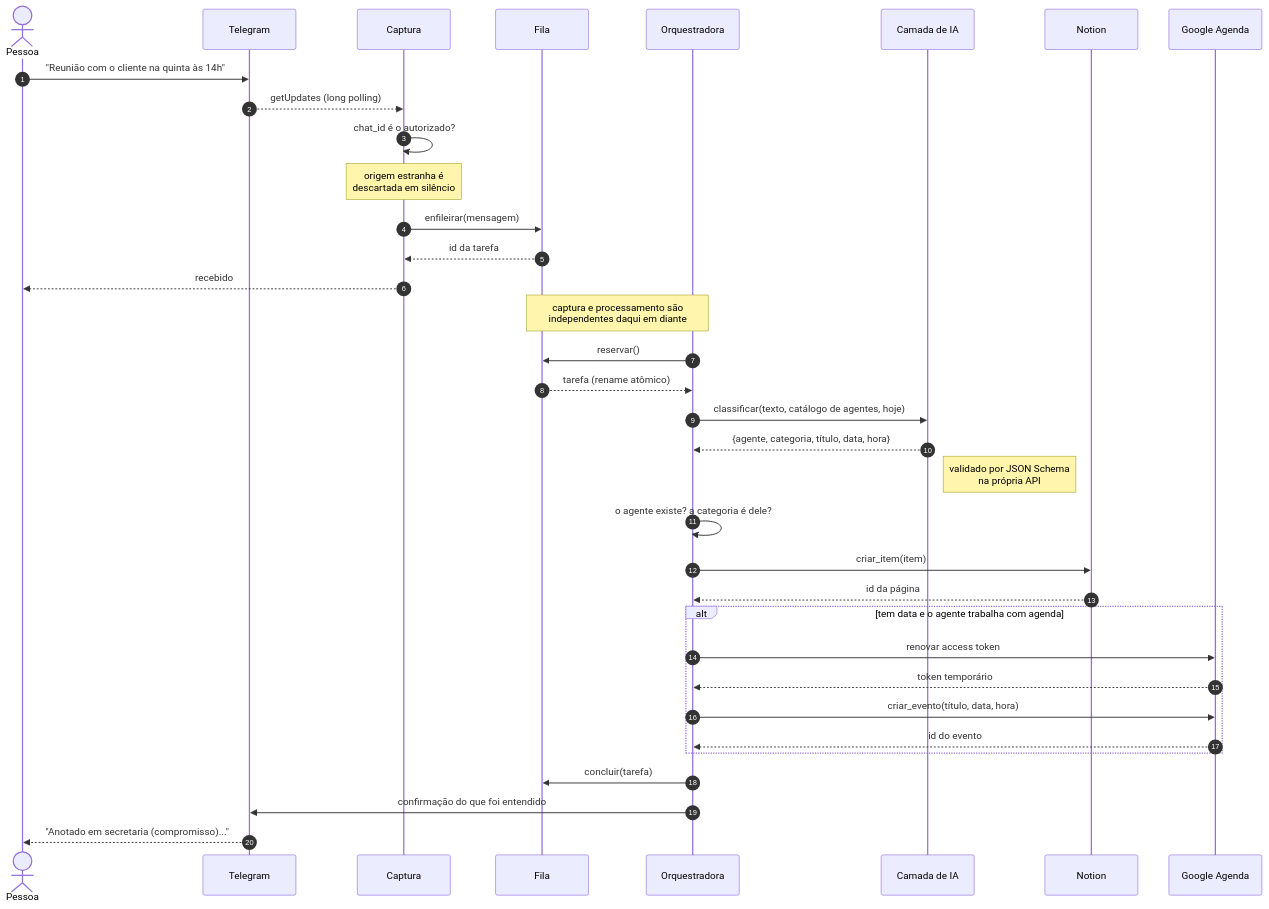
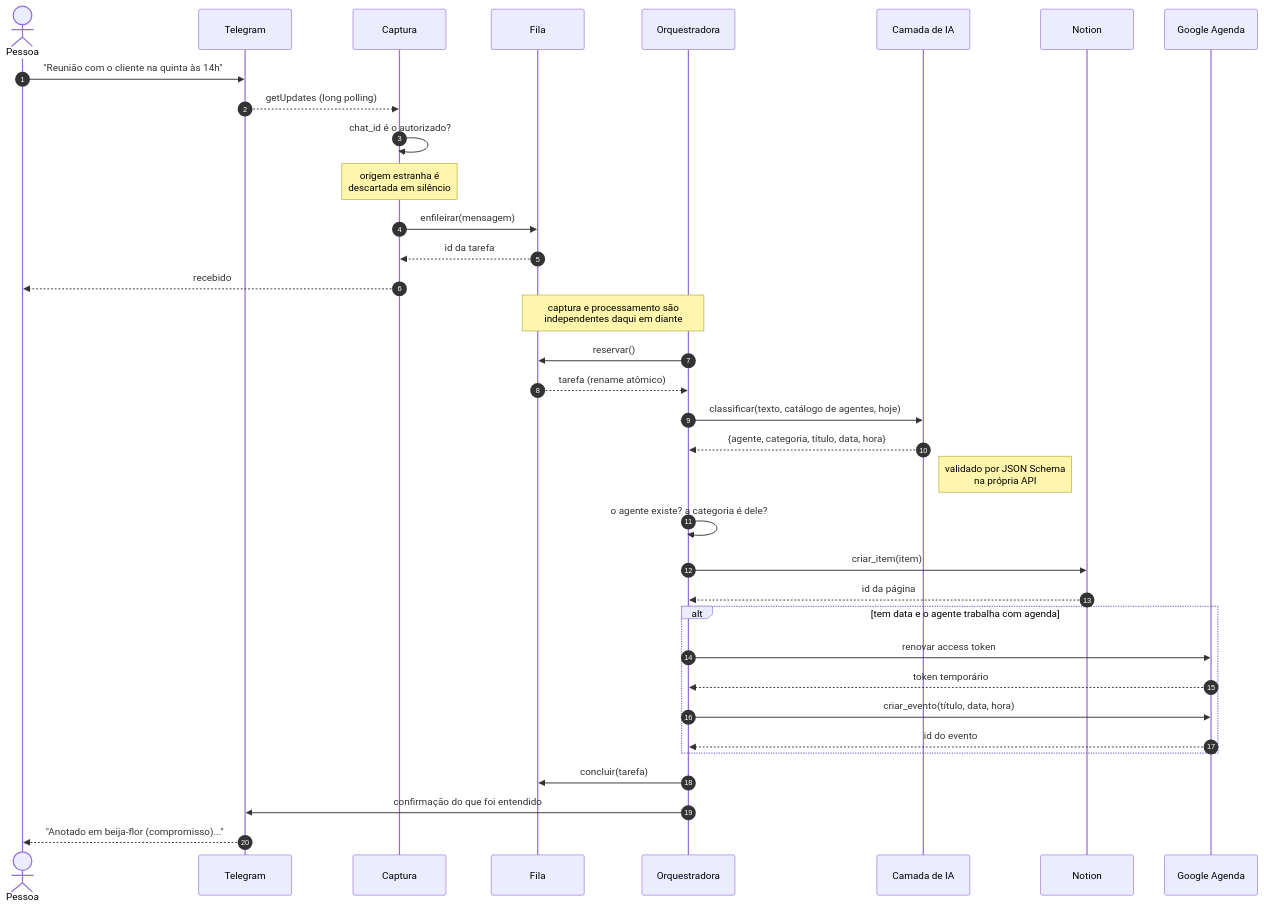
One commit to brunarezerdev/sabia-organizacao-pessoal changed the second of 7 diagrams in docs/fluxo.md. Above: the diagram before and after it, drawn with Mermaid. The commit also changed other lines of this file and 30 other files, not shown here.

````diff
--- a/docs/fluxo.md
+++ b/docs/fluxo.md
@@ -32,47 +32,47 @@
 ```mermaid
 sequenceDiagram
     autonumber
     actor P as Pessoa
     participant TG as Telegram
     participant C as Captura
     participant F as Fila
     participant O as Orquestradora
     participant IA as Camada de IA
     participant N as Notion
     participant G as Google Agenda
 
     P->>TG: "Reunião com o cliente na quinta às 14h"
     TG-->>C: getUpdates (long polling)
 
     C->>C: chat_id é o autorizado?
     Note over C: origem estranha é<br/>descartada em silêncio
 
     C->>F: enfileirar(mensagem)
     F-->>C: id da tarefa
     C-->>P: recebido
 
     Note over F,O: captura e processamento são<br/>independentes daqui em diante
 
     O->>F: reservar()
     F-->>O: tarefa (rename atômico)
 
     O->>IA: classificar(texto, catálogo de agentes, hoje)
     IA-->>O: {agente, categoria, título, data, hora}
     Note right of IA: validado por JSON Schema<br/>na própria API
 
     O->>O: o agente existe? a categoria é dele?
 
     O->>N: criar_item(item)
     N-->>O: id da página
 
     alt tem data e o agente trabalha com agenda
         O->>G: renovar access token
         G-->>O: token temporário
         O->>G: criar_evento(título, data, hora)
         G-->>O: id do evento
     end
 
     O->>F: concluir(tarefa)
     O->>TG: confirmação do que foi entendido
-    TG-->>P: "Anotado em secretaria (compromisso)..."
+    TG-->>P: "Anotado em beija-flor (compromisso)..."
 ```
````
